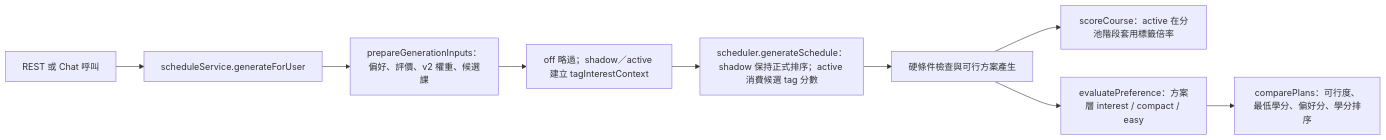
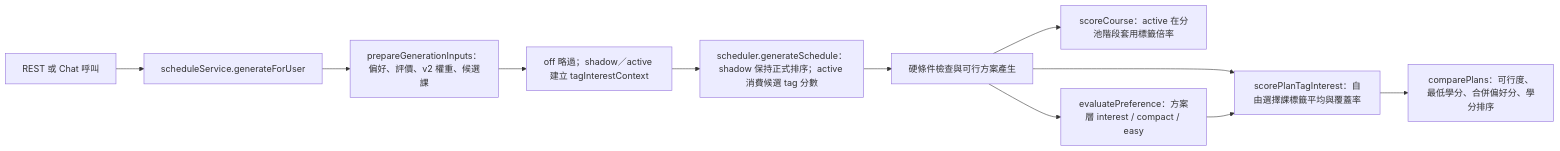
One commit to ert770/course-schedule-planner changed the first of 2 diagrams in docs/PLANS/2026-10-10-rag-tag-interest-v1-stage6-interface-design.md. Above: the diagram before and after it, drawn with Mermaid. The commit also changed other lines of this file and 27 other files, not shown here.

````diff
--- a/docs/PLANS/2026-10-10-rag-tag-interest-v1-stage6-interface-design.md
+++ b/docs/PLANS/2026-10-10-rag-tag-interest-v1-stage6-interface-design.md
@@ -29,11 +31,13 @@
 ```mermaid
 flowchart LR
   A[REST 或 Chat 呼叫] --> B[scheduleService.generateForUser]
   B --> C[prepareGenerationInputs：偏好、評價、v2 權重、候選課]
   C --> C2[off 略過；shadow／active 建立 tagInterestContext]
   C2 --> D[scheduler.generateSchedule：shadow 保持正式排序；active 消費候選 tag 分數]
   D --> E[硬條件檢查與可行方案產生]
   E --> F[scoreCourse：active 在分池階段套用標籤倍率]
   E --> G[evaluatePreference：方案層 interest / compact / easy]
-  G --> H[comparePlans：可行度、最低學分、偏好分、學分排序]
+  E --> I[scorePlanTagInterest：自由選擇課標籤平均與覆蓋率]
+  G --> I
+  I --> H[comparePlans：可行度、最低學分、合併偏好分、學分排序]
 ```
````
